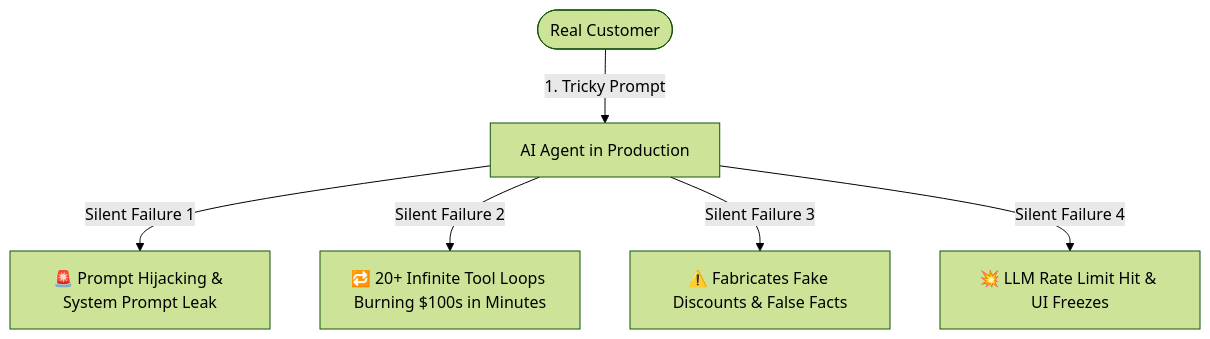
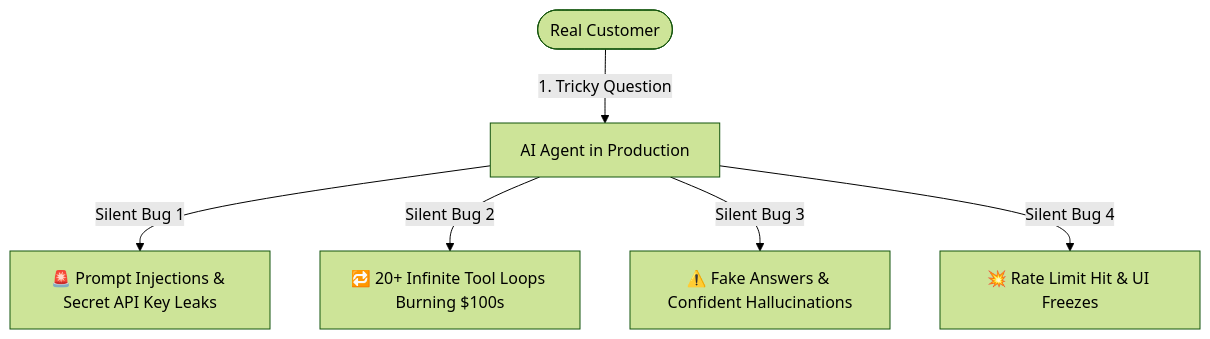
The first of 3 diagrams in README.md (mehtab-shah-ai/Agentops), drawn with Mermaid (forest theme) before and after one commit. The commit also changed other lines of this file, not shown here.

Commit message:
docs: add LangGraph badge, recruiter friendly copy and fix GitHub Mermaid diagram syntax

````diff
--- a/README.md
+++ b/README.md
@@ -26,8 +30,8 @@
 ```mermaid
 graph TD
-    User([Real Customer]) -->|1. Tricky Prompt| Agent[AI Agent in Production]
-    Agent -->|Silent Failure 1| Inj[🚨 Prompt Hijacking & System Prompt Leak]
-    Agent -->|Silent Failure 2| Loop[🔁 20+ Infinite Tool Loops Burning $100s in Minutes]
-    Agent -->|Silent Failure 3| Hallucinate[⚠️ Fabricates Fake Discounts & False Facts]
-    Agent -->|Silent Failure 4| Crash[💥 LLM Rate Limit Hit & UI Freezes]
+    User([Real Customer]) -->|1. Tricky Question| Agent[AI Agent in Production]
+    Agent -->|Silent Bug 1| Inj[🚨 Prompt Injections & Secret API Key Leaks]
+    Agent -->|Silent Bug 2| Loop[🔁 20+ Infinite Tool Loops Burning $100s]
+    Agent -->|Silent Bug 3| Hallucinate[⚠️ Fake Answers & Confident Hallucinations]
+    Agent -->|Silent Bug 4| Crash[💥 Rate Limit Hit & UI Freezes]
 ```
````
